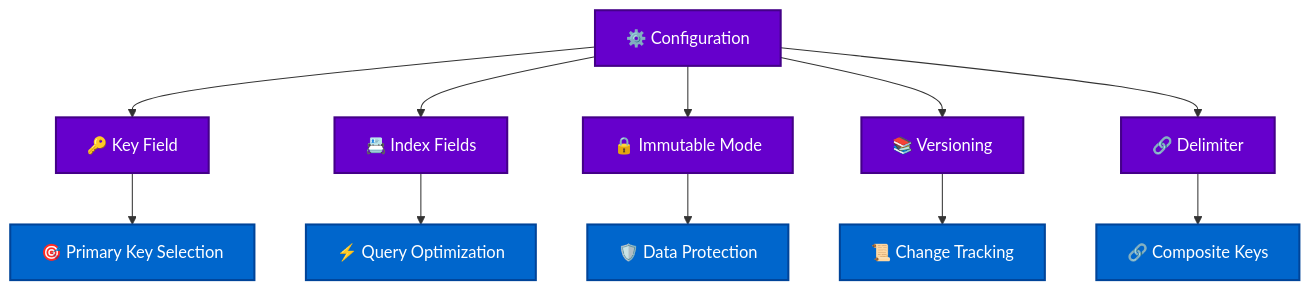
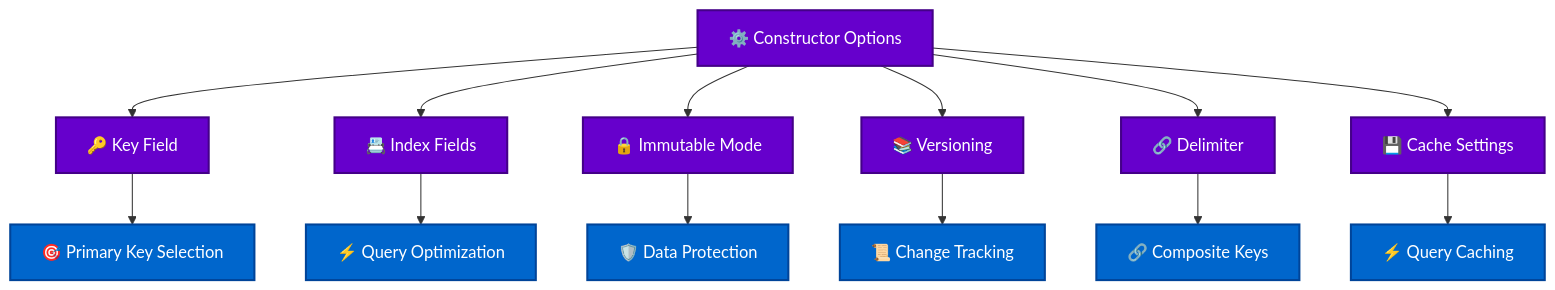
The sixth of 9 diagrams in docs/TECHNICAL_DOCUMENTATION.md (avoidwork/haro), drawn with Mermaid before and after one commit. The commit also changed other lines of this file and 54 other files, not shown here.

````diff
--- a/docs/TECHNICAL_DOCUMENTATION.md
+++ b/docs/TECHNICAL_DOCUMENTATION.md
@@ -273,20 +445,22 @@
 ```mermaid
 graph TD
-    A["⚙️ Configuration"] --> B["🔑 Key Field"]
+    A["⚙️ Constructor Options"] --> B["🔑 Key Field"]
     A --> C["📇 Index Fields"]
     A --> D["🔒 Immutable Mode"]
     A --> E["📚 Versioning"]
     A --> F["🔗 Delimiter"]
+    A --> G["💾 Cache Settings"]
     
-    B --> G["🎯 Primary Key Selection"]
-    C --> H["⚡ Query Optimization"]
-    D --> I["🛡️ Data Protection"]
-    E --> J["📜 Change Tracking"]
-    F --> K["🔗 Composite Keys"]
+    B --> H["🎯 Primary Key Selection"]
+    C --> I["⚡ Query Optimization"]
+    D --> J["🛡️ Data Protection"]
+    E --> K["📜 Change Tracking"]
+    F --> L["🔗 Composite Keys"]
+    G --> M["⚡ Query Caching"]
     
     classDef config fill:#6600CC,stroke:#440088,stroke-width:2px,color:#fff
     classDef feature fill:#0066CC,stroke:#004499,stroke-width:2px,color:#fff
     
-    class A,B,C,D,E,F config
-    class G,H,I,J,K feature
+    class A,B,C,D,E,F,G config
+    class H,I,J,K,L,M feature
 ```
````
